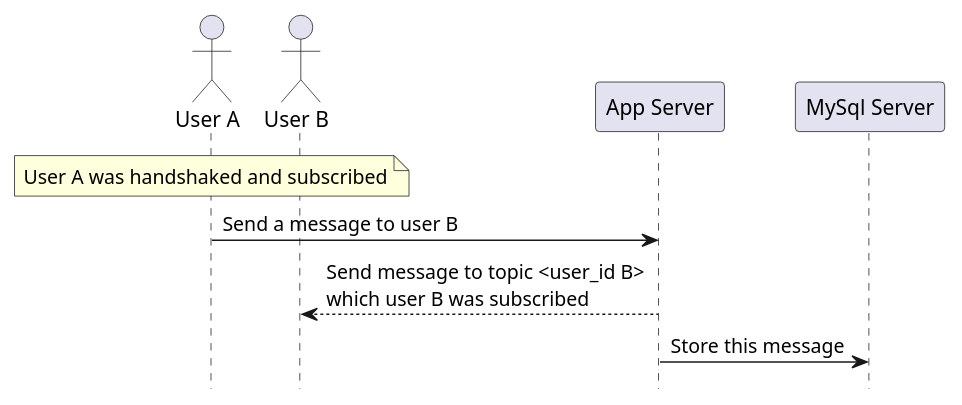
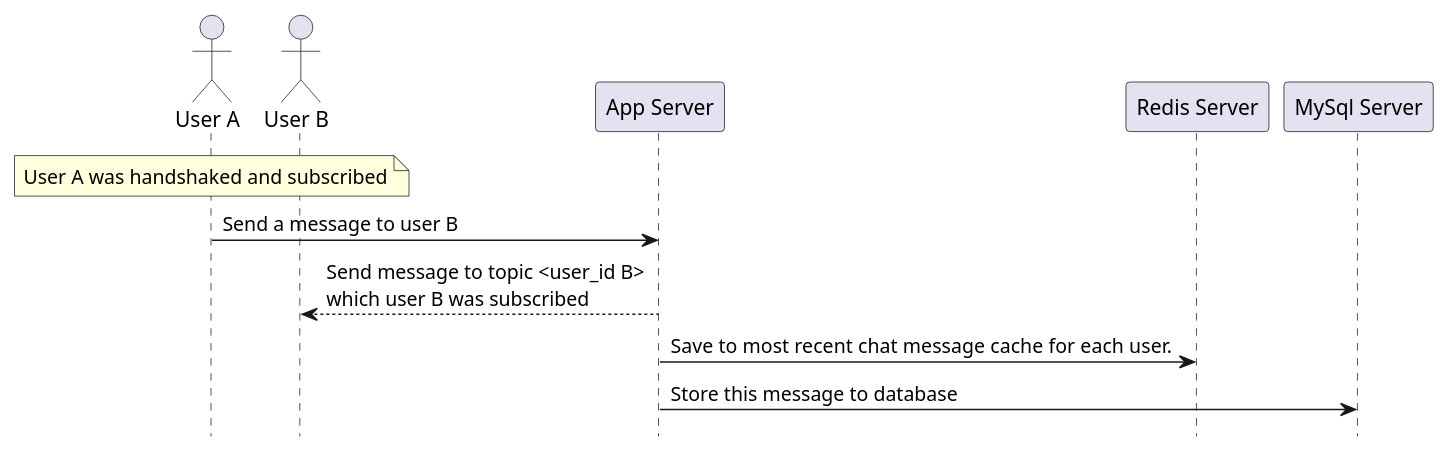
The diagram in seq-diagrams/chatsingle.puml (noradomi/foo-app), drawn with PlantUML before and after one commit. The commit also changed 6 other files, not shown here.

```diff
--- a/seq-diagrams/chatsingle.puml
+++ b/seq-diagrams/chatsingle.puml
@@ -1,12 +1,13 @@
 @startuml chatsingle
 hide footbox
 
 actor "User A"
 actor "User B"
 
 note over "User A": User A was handshaked and subscribed
 "User A" -> "App Server": Send a message to user B
 "App Server" --> "User B": Send message to topic <user_id B> \nwhich user B was subscribed
-"App Server" -> "MySql Server": Store this message
+"App Server" -> "Redis Server": Save to most recent chat message cache for each user.
+"App Server" -> "MySql Server": Store this message to database
 
 @enduml
```
